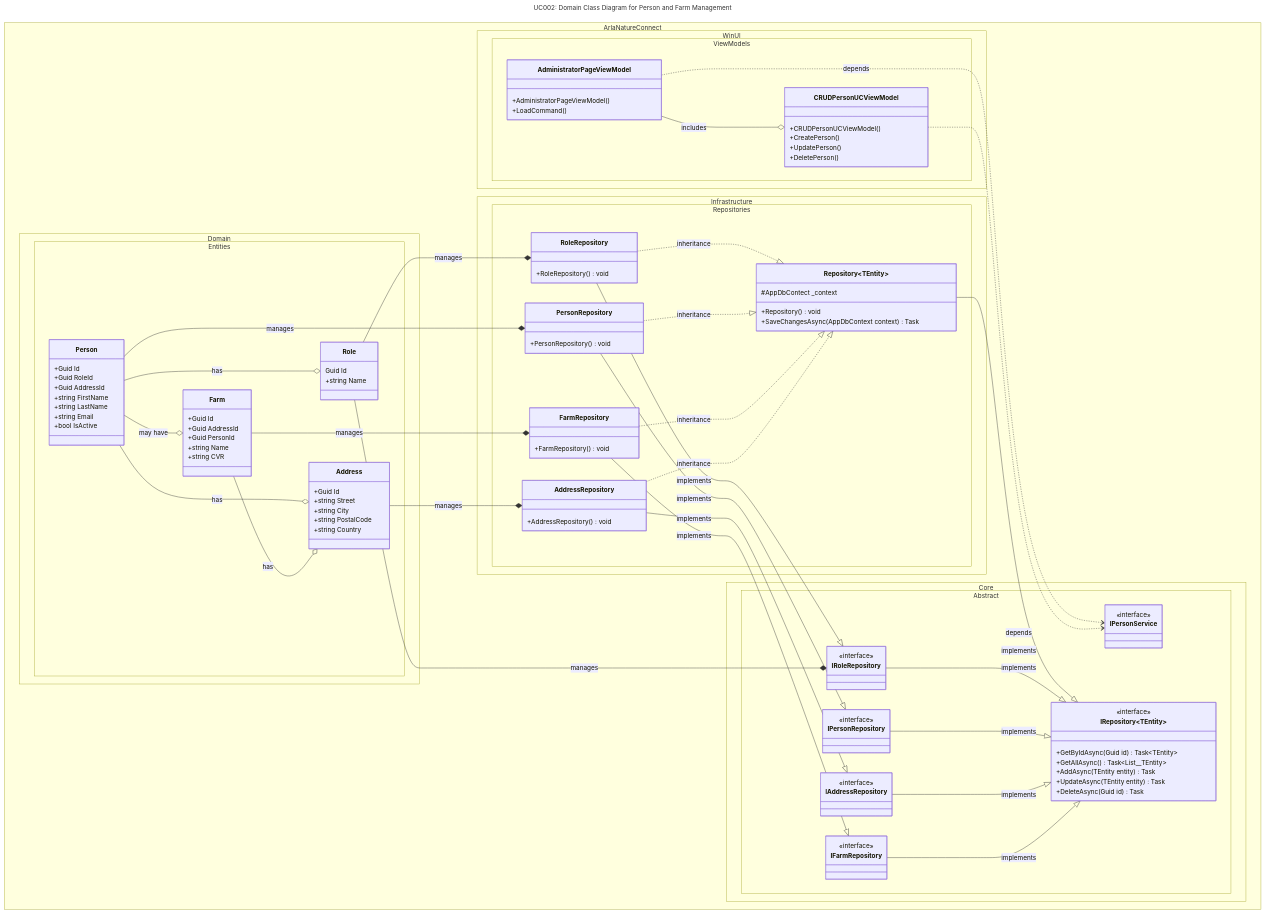
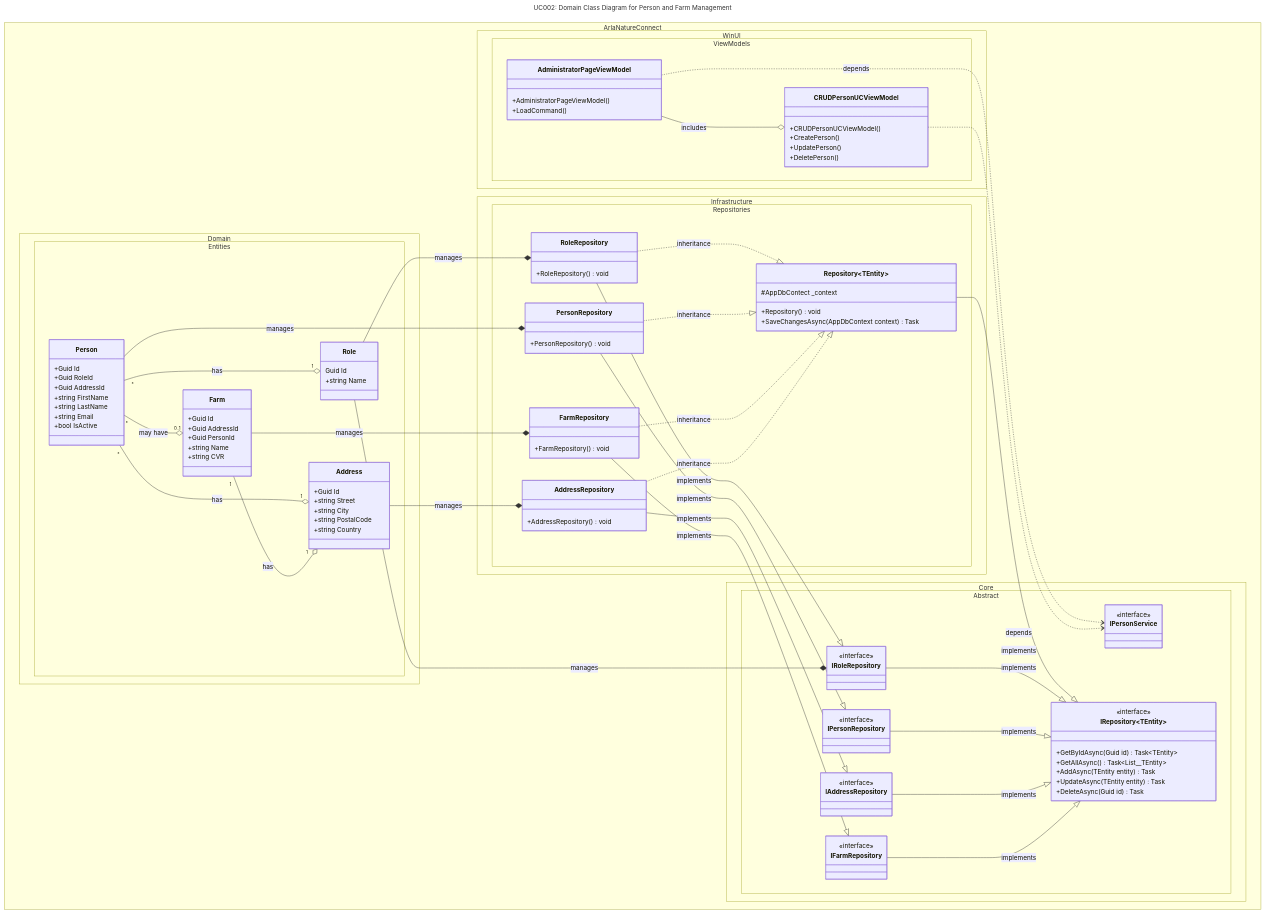
Before and after one commit to DMOoF25-TEAM11/ArlaNatureConnect: the diagram in docs/UseCase002-AdministrateFarmsAndUsers/UC002-DCD.md, drawn with Mermaid. The commit also changed 5 other files, not shown here.

```diff
--- a/docs/UseCase002-AdministrateFarmsAndUsers/UC002-DCD.md
+++ b/docs/UseCase002-AdministrateFarmsAndUsers/UC002-DCD.md
@@ -117,10 +117,10 @@
     Role --* IRoleRepository : manages
 
     %% Composition
-    Person --o Role : has
-    Person --o Address : has
-    Person --o Farm : may have
-    Farm --o Address : has
+    Person "*" --o "1" Role : has
+    Person "*" --o "1" Address : has
+    Person "*" --o "0..1" Farm : may have
+    Farm "1" --o "1" Address : has
 
     %% ViewModel relationships
     AdministratorPageViewModel --o CRUDPersonUCViewModel : includes
```
